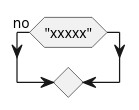
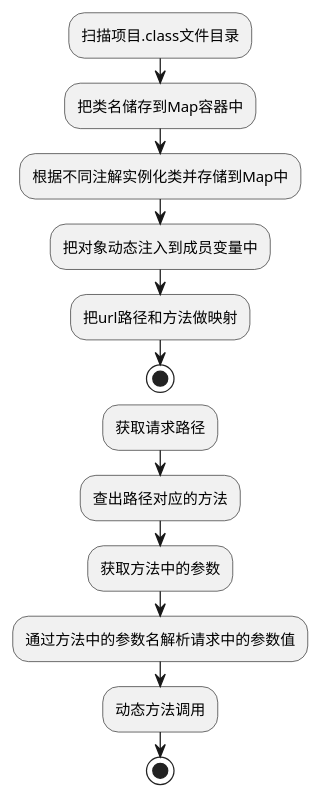
The diagram in src/main/resources/puml/ioc.puml (zhangxianjun/z-mvc), drawn with PlantUML before and after one commit. The commit also changed 8 other files, not shown here.

Commit message:
feat - IOC容器流程图

```diff
--- a/src/main/resources/puml/ioc.puml
+++ b/src/main/resources/puml/ioc.puml
@@ -1,22 +1,36 @@
 @startuml
 
 /'
     注解：元注解
     @Retention注解时机
     @Target注解位置
     @Inherited 是否允许子类集成
 
     反射：
     1.获取class类 Class.forName(package + class name);
     2.创建class实例对象 class.newInstance();
     3.根据实例获取类 clazz.getClass();
     4.获取类定义的属性 class.getDeclaredFields();
     5.获取类定义的方法 class.getMethods();
     6.调用方法 method.invoke(a, args[])
     7.获取请求路径 request.getRequestURI()
 '/
 
 
-if ("xxxxx") then (no)
+:扫描项目.class文件目录;
+:把类名储存到Map容器中;
+:根据不同注解实例化类并存储到Map中;
+:把对象动态注入到成员变量中;
+:把url路径和方法做映射;
+stop
+
+:获取请求路径;
+:查出路径对应的方法;
+:获取方法中的参数;
+:通过方法中的参数名解析请求中的参数值;
+:动态方法调用;
+stop
+
+
 
 @enduml
```
